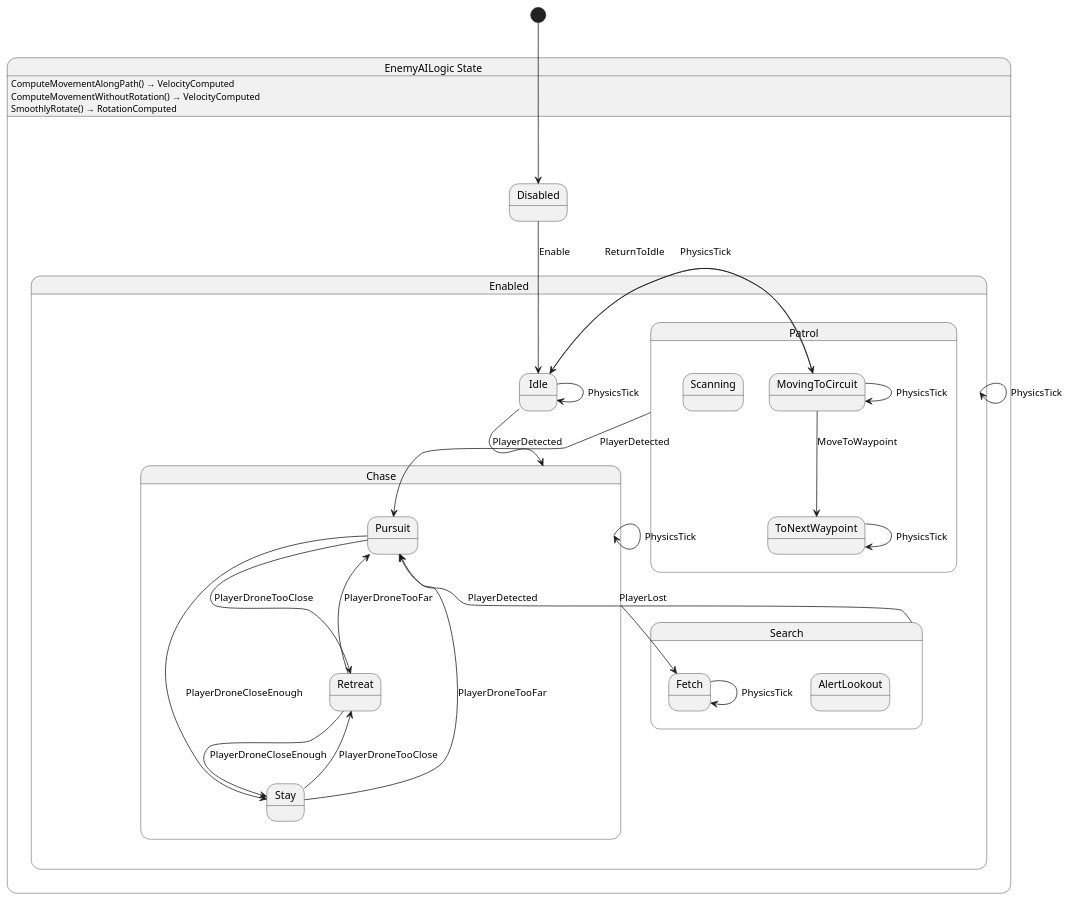
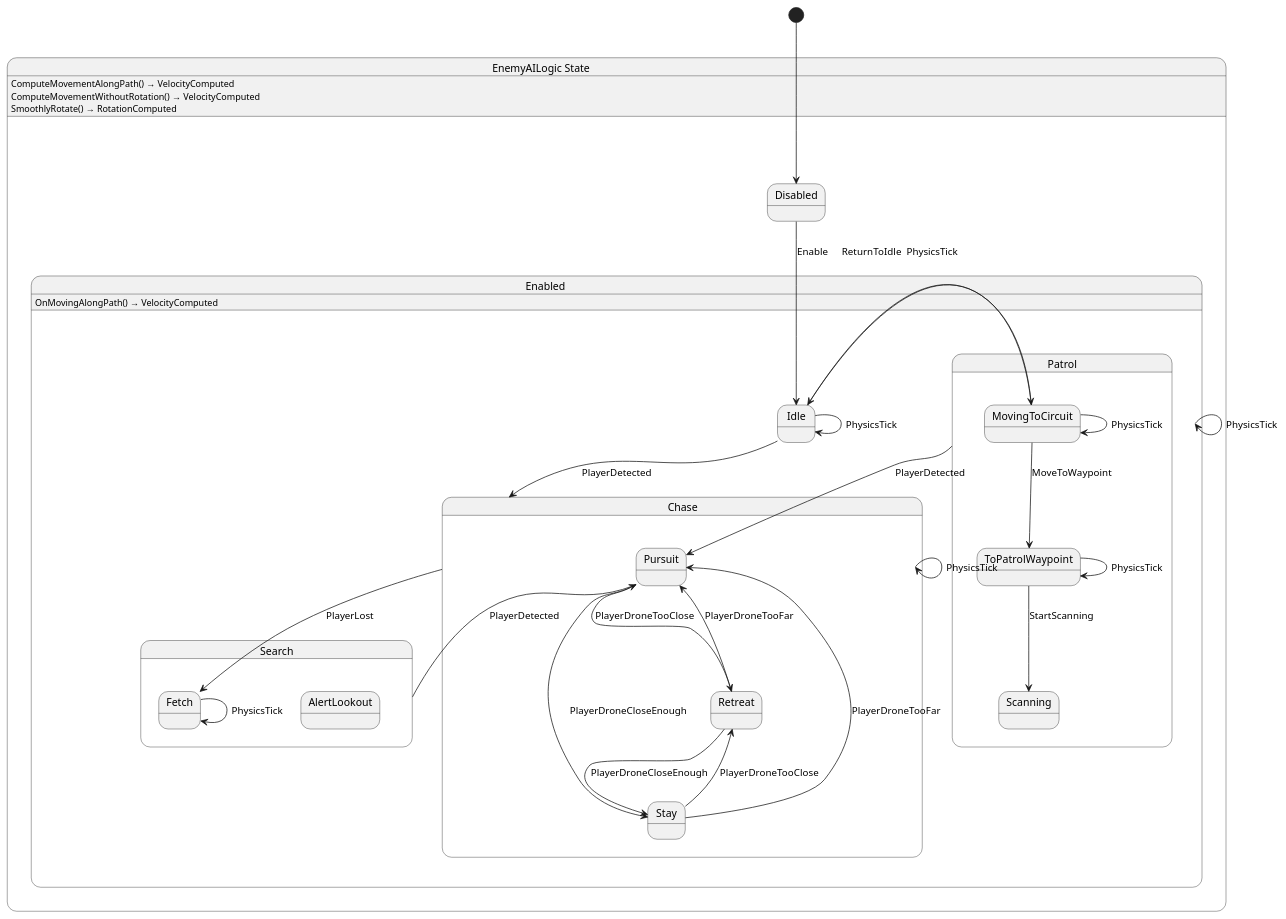
Before and after one commit to SkyValor/rescue-drone: the diagram in Scripts/Drone/Enemy/AIStateMachine/EnemyAILogic.g.puml, drawn with PlantUML. The commit also changed 13 other files, not shown here.

Commit message:
Fixed an issue with the drone AI state machine, where it wasn't behaving correctly while moving.

```diff
--- a/Scripts/Drone/Enemy/AIStateMachine/EnemyAILogic.g.puml
+++ b/Scripts/Drone/Enemy/AIStateMachine/EnemyAILogic.g.puml
@@ -1,49 +1,51 @@
 @startuml EnemyAILogic
 state "EnemyAILogic State" as RescueDrone_EnemyAILogic_State {
   state "Disabled" as RescueDrone_EnemyAILogic_State_Disabled
   state "Enabled" as RescueDrone_EnemyAILogic_State_Enabled {
     state "Chase" as RescueDrone_EnemyAILogic_State_Chase {
       state "Pursuit" as RescueDrone_EnemyAILogic_State_Pursuit
       state "Retreat" as RescueDrone_EnemyAILogic_State_Retreat
       state "Stay" as RescueDrone_EnemyAILogic_State_Stay
     }
     state "Idle" as RescueDrone_EnemyAILogic_State_Idle
     state "Patrol" as RescueDrone_EnemyAILogic_State_Patrol {
       state "MovingToCircuit" as RescueDrone_EnemyAILogic_State_MovingToCircuit
       state "Scanning" as RescueDrone_EnemyAILogic_State_Scanning
-      state "ToNextWaypoint" as RescueDrone_EnemyAILogic_State_ToNextWaypoint
+      state "ToPatrolWaypoint" as RescueDrone_EnemyAILogic_State_ToPatrolWaypoint
     }
     state "Search" as RescueDrone_EnemyAILogic_State_Search {
       state "AlertLookout" as RescueDrone_EnemyAILogic_State_AlertLookout
       state "Fetch" as RescueDrone_EnemyAILogic_State_Fetch
     }
   }
 }
 
 RescueDrone_EnemyAILogic_State_Chase --> RescueDrone_EnemyAILogic_State_Chase : PhysicsTick
 RescueDrone_EnemyAILogic_State_Chase --> RescueDrone_EnemyAILogic_State_Fetch : PlayerLost
 RescueDrone_EnemyAILogic_State_Disabled --> RescueDrone_EnemyAILogic_State_Idle : Enable
 RescueDrone_EnemyAILogic_State_Enabled --> RescueDrone_EnemyAILogic_State_Enabled : PhysicsTick
 RescueDrone_EnemyAILogic_State_Fetch --> RescueDrone_EnemyAILogic_State_Fetch : PhysicsTick
 RescueDrone_EnemyAILogic_State_Idle --> RescueDrone_EnemyAILogic_State_Chase : PlayerDetected
 RescueDrone_EnemyAILogic_State_Idle --> RescueDrone_EnemyAILogic_State_Idle : PhysicsTick
 RescueDrone_EnemyAILogic_State_Idle --> RescueDrone_EnemyAILogic_State_MovingToCircuit : PhysicsTick
 RescueDrone_EnemyAILogic_State_MovingToCircuit --> RescueDrone_EnemyAILogic_State_Idle : ReturnToIdle
 RescueDrone_EnemyAILogic_State_MovingToCircuit --> RescueDrone_EnemyAILogic_State_MovingToCircuit : PhysicsTick
-RescueDrone_EnemyAILogic_State_MovingToCircuit --> RescueDrone_EnemyAILogic_State_ToNextWaypoint : MoveToWaypoint
+RescueDrone_EnemyAILogic_State_MovingToCircuit --> RescueDrone_EnemyAILogic_State_ToPatrolWaypoint : MoveToWaypoint
 RescueDrone_EnemyAILogic_State_Patrol --> RescueDrone_EnemyAILogic_State_Pursuit : PlayerDetected
 RescueDrone_EnemyAILogic_State_Pursuit --> RescueDrone_EnemyAILogic_State_Retreat : PlayerDroneTooClose
 RescueDrone_EnemyAILogic_State_Pursuit --> RescueDrone_EnemyAILogic_State_Stay : PlayerDroneCloseEnough
 RescueDrone_EnemyAILogic_State_Retreat --> RescueDrone_EnemyAILogic_State_Pursuit : PlayerDroneTooFar
 RescueDrone_EnemyAILogic_State_Retreat --> RescueDrone_EnemyAILogic_State_Stay : PlayerDroneCloseEnough
 RescueDrone_EnemyAILogic_State_Search --> RescueDrone_EnemyAILogic_State_Pursuit : PlayerDetected
 RescueDrone_EnemyAILogic_State_Stay --> RescueDrone_EnemyAILogic_State_Pursuit : PlayerDroneTooFar
 RescueDrone_EnemyAILogic_State_Stay --> RescueDrone_EnemyAILogic_State_Retreat : PlayerDroneTooClose
-RescueDrone_EnemyAILogic_State_ToNextWaypoint --> RescueDrone_EnemyAILogic_State_ToNextWaypoint : PhysicsTick
+RescueDrone_EnemyAILogic_State_ToPatrolWaypoint --> RescueDrone_EnemyAILogic_State_Scanning : StartScanning
+RescueDrone_EnemyAILogic_State_ToPatrolWaypoint --> RescueDrone_EnemyAILogic_State_ToPatrolWaypoint : PhysicsTick
 
 RescueDrone_EnemyAILogic_State : ComputeMovementAlongPath() → VelocityComputed
 RescueDrone_EnemyAILogic_State : ComputeMovementWithoutRotation() → VelocityComputed
 RescueDrone_EnemyAILogic_State : SmoothlyRotate() → RotationComputed
+RescueDrone_EnemyAILogic_State_Enabled : OnMovingAlongPath() → VelocityComputed
 
 [*] --> RescueDrone_EnemyAILogic_State_Disabled
 @enduml
```
